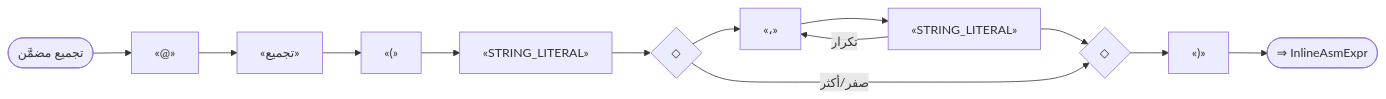
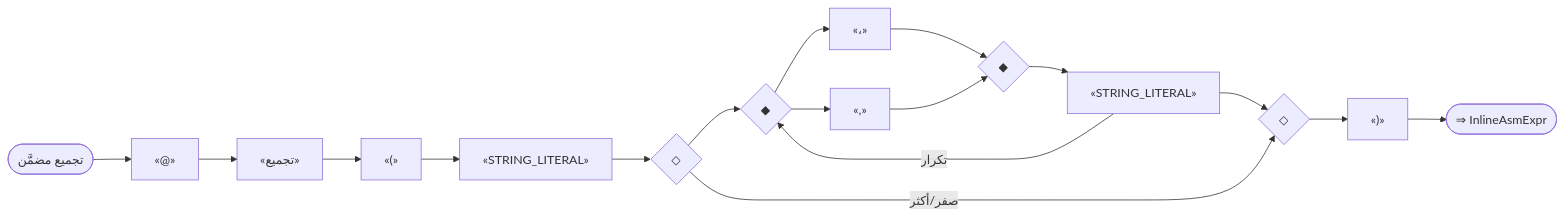
Diagram 45 of 57 in docs/parser_rule/_generated/60_advanced.md (sadlang/sadlang), drawn with Mermaid before and after one commit. The commit also changed other lines of this file and 103 other files, not shown here.

````diff
--- a/docs/parser_rule/_generated/60_advanced.md
+++ b/docs/parser_rule/_generated/60_advanced.md
@@ -1486,26 +1528,33 @@
 ```mermaid
 flowchart LR
   n1(["تجميع مضمَّن"])
   n2["«@»"]
   n3["«تجميع»"]
   n2 --> n3
   n4["«(»"]
   n3 --> n4
   n5["«STRING_LITERAL»"]
   n4 --> n5
   n6{"◇"}
   n7{"◇"}
-  n8["«،»"]
-  n9["«STRING_LITERAL»"]
-  n8 --> n9
+  n8{"◆"}
+  n9{"◆"}
+  n10["«،»"]
+  n8 --> n10
+  n10 --> n9
+  n11["«,»"]
+  n8 --> n11
+  n11 --> n9
+  n12["«STRING_LITERAL»"]
+  n9 --> n12
   n6 --> n8
-  n9 --> n7
-  n9 -- "تكرار" --> n8
+  n12 --> n7
+  n12 -- "تكرار" --> n8
   n6 -- "صفر/أكثر" --> n7
   n5 --> n6
-  n10["«)»"]
-  n7 --> n10
+  n13["«)»"]
+  n7 --> n13
   n1 --> n2
-  n11(["⇒ InlineAsmExpr"])
-  n10 --> n11
+  n14(["⇒ InlineAsmExpr"])
+  n13 --> n14
 ```
````
